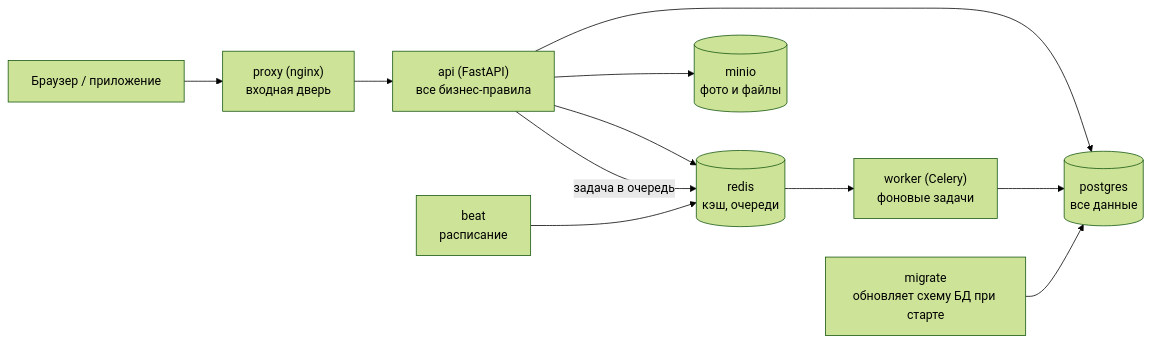
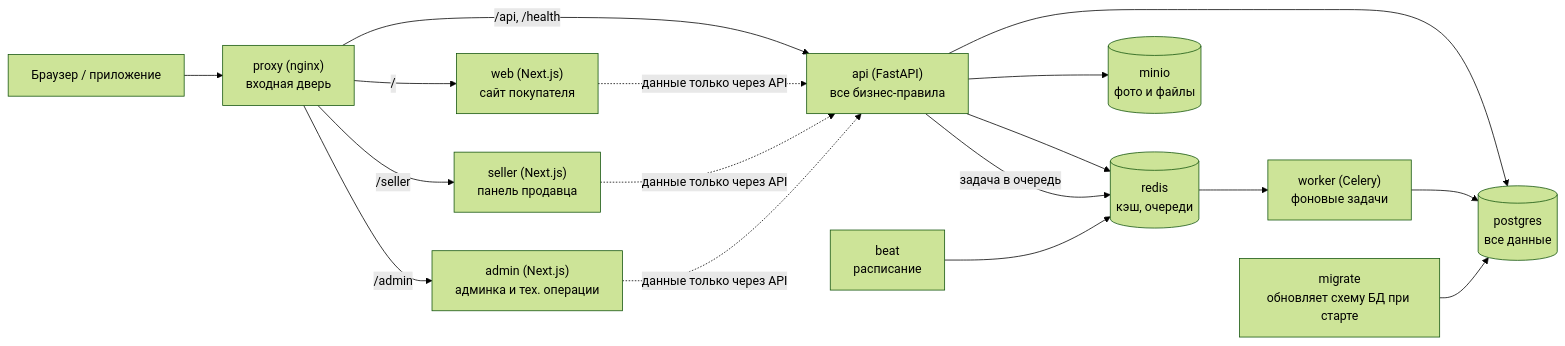
The first of 2 diagrams in docs/architecture/11-how-it-works.md (AbdulbosidCoder/Sanad), drawn with Mermaid (forest theme) before and after one commit. The commit also changed other lines of this file and 76 other files, not shown here.

First line of the commit message:
feat(frontend): Next.js monorepo with web, seller and admin apps

````diff
--- a/docs/architecture/11-how-it-works.md
+++ b/docs/architecture/11-how-it-works.md
@@ -7,12 +7,16 @@
 ```mermaid
 flowchart LR
     U["Браузер / приложение"] --> P["proxy (nginx)<br/>входная дверь"]
-    P --> API["api (FastAPI)<br/>все бизнес-правила"]
+    P -- "/" --> WEB["web (Next.js)<br/>сайт покупателя"]
+    P -- "/seller" --> SEL["seller (Next.js)<br/>панель продавца"]
+    P -- "/admin" --> ADM["admin (Next.js)<br/>админка и тех. операции"]
+    P -- "/api, /health" --> API["api (FastAPI)<br/>все бизнес-правила"]
+    WEB & SEL & ADM -. "данные только через API" .-> API
     API --> PG[("postgres<br/>все данные")]
     API --> R[("redis<br/>кэш, очереди")]
     API --> S3[("minio<br/>фото и файлы")]
     API -- "задача в очередь" --> R --> W["worker (Celery)<br/>фоновые задачи"]
     B["beat<br/>расписание"] --> R
     W --> PG
     MIG["migrate<br/>обновляет схему БД при старте"] --> PG
 ```
````
